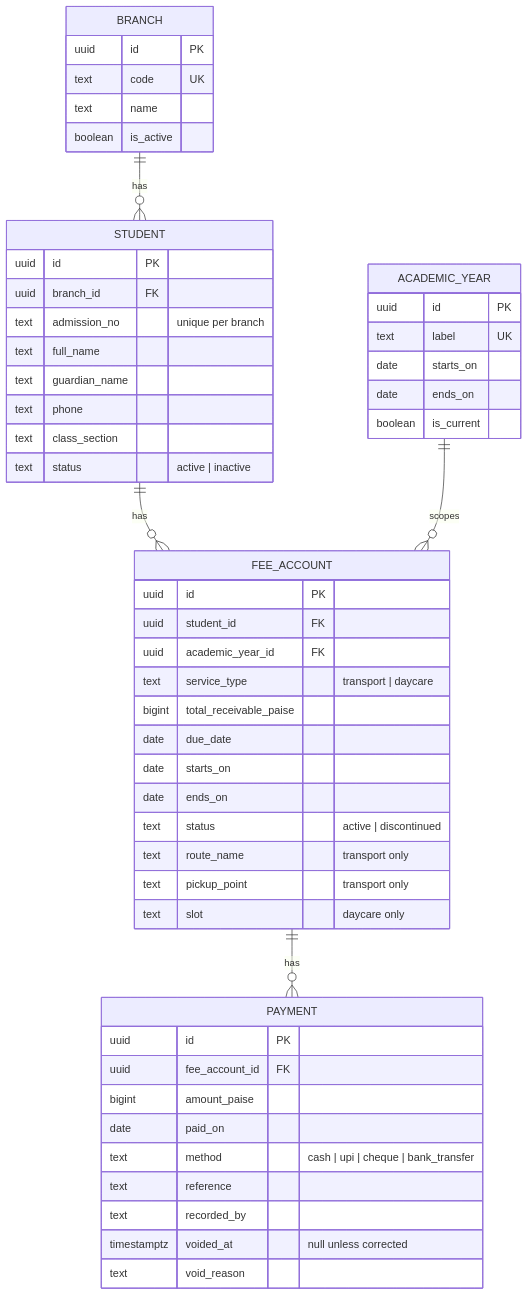
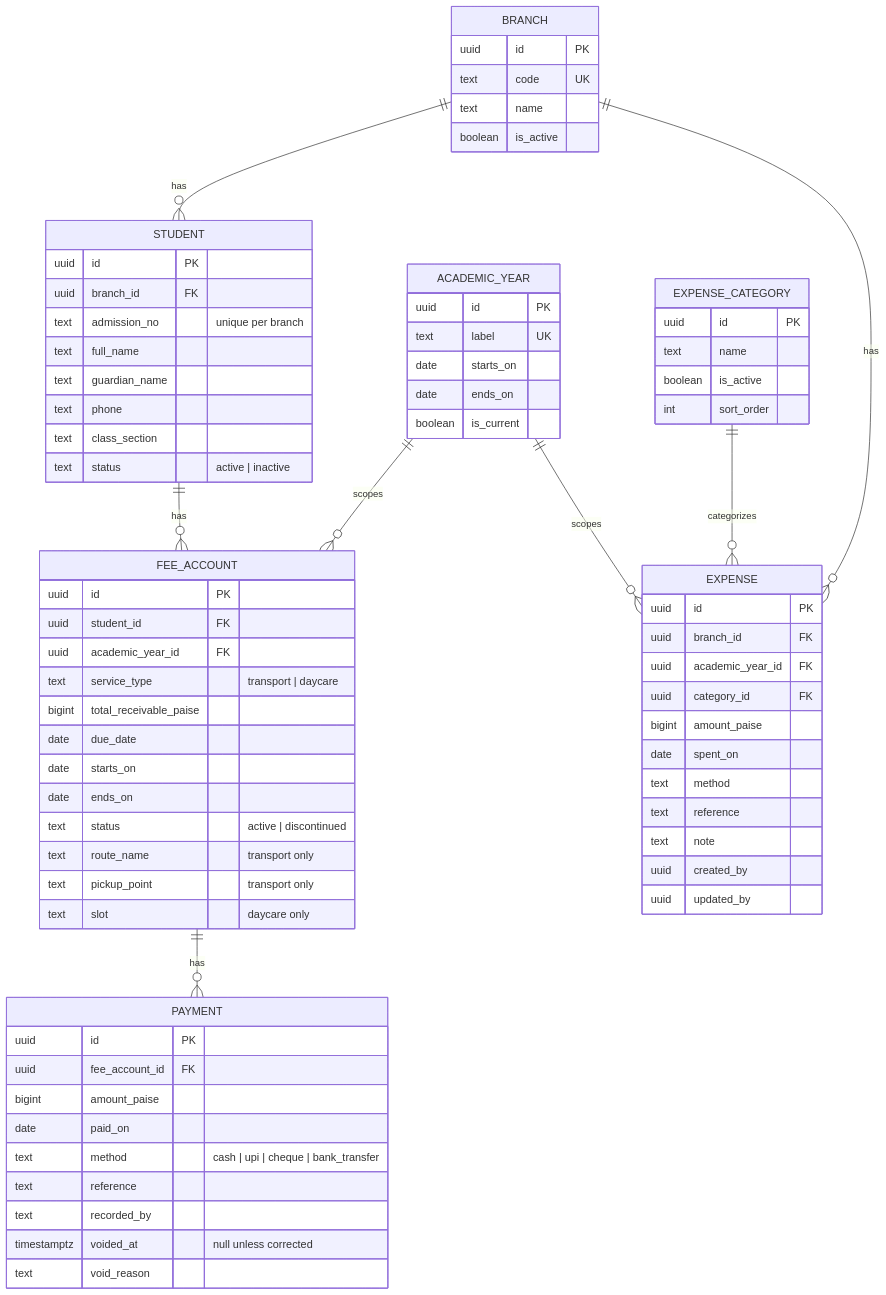
Before and after one commit to tarunb05/EK_Desk: the diagram in README.md, drawn with Mermaid. The commit also changed other lines of this file, not shown here.

````diff
--- a/README.md
+++ b/README.md
@@ -42,56 +52,78 @@
 ```mermaid
 erDiagram
     BRANCH ||--o{ STUDENT : "has"
     STUDENT ||--o{ FEE_ACCOUNT : "has"
     ACADEMIC_YEAR ||--o{ FEE_ACCOUNT : "scopes"
     FEE_ACCOUNT ||--o{ PAYMENT : "has"
 
     BRANCH {
         uuid id PK
         text code UK
         text name
         boolean is_active
     }
     ACADEMIC_YEAR {
         uuid id PK
         text label UK
         date starts_on
         date ends_on
         boolean is_current
     }
     STUDENT {
         uuid id PK
         uuid branch_id FK
         text admission_no "unique per branch"
         text full_name
         text guardian_name
         text phone
         text class_section
         text status "active | inactive"
     }
     FEE_ACCOUNT {
         uuid id PK
         uuid student_id FK
         uuid academic_year_id FK
         text service_type "transport | daycare"
         bigint total_receivable_paise
         date due_date
         date starts_on
         date ends_on
         text status "active | discontinued"
         text route_name "transport only"
         text pickup_point "transport only"
         text slot "daycare only"
     }
     PAYMENT {
         uuid id PK
         uuid fee_account_id FK
         bigint amount_paise
         date paid_on
         text method "cash | upi | cheque | bank_transfer"
         text reference
         text recorded_by
         timestamptz voided_at "null unless corrected"
         text void_reason
     }
+    EXPENSE_CATEGORY {
+        uuid id PK
+        text name
+        boolean is_active
+        int sort_order
+    }
+    EXPENSE {
+        uuid id PK
+        uuid branch_id FK
+        uuid academic_year_id FK
+        uuid category_id FK
+        bigint amount_paise
+        date spent_on
+        text method
+        text reference
+        text note
+        uuid created_by
+        uuid updated_by
+    }
+    BRANCH ||--o{ EXPENSE : "has"
+    ACADEMIC_YEAR ||--o{ EXPENSE : "scopes"
+    EXPENSE_CATEGORY ||--o{ EXPENSE : "categorizes"
 ```
````
